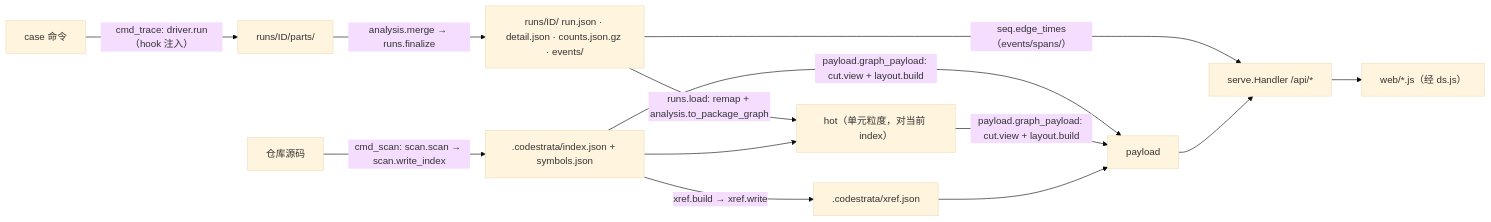
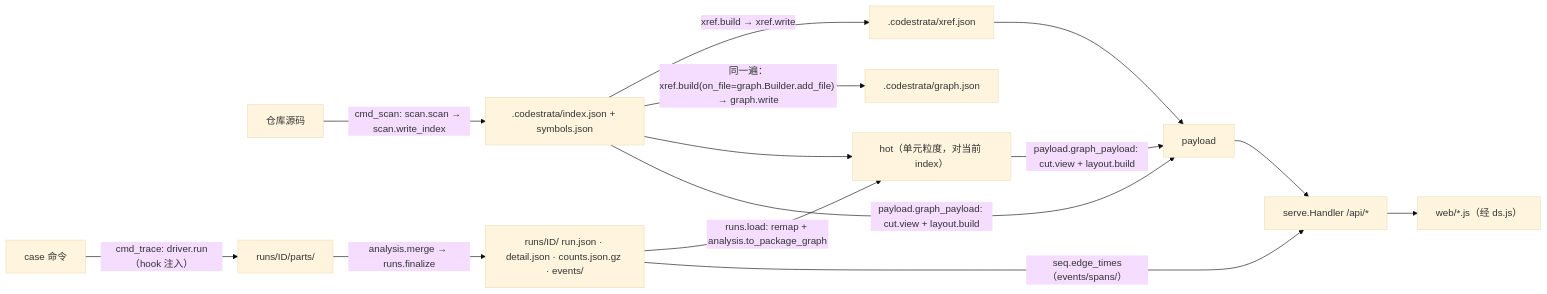
One commit to noviorlu/codestrata changed the diagram in docs/ARCHITECTURE.md. Above: the diagram before and after it, drawn with Mermaid (base theme). The commit also changed other lines of this file and 8 other files, not shown here.

First line of the commit message:
scan produces the graph's call records (graph.json)

````diff
--- a/docs/ARCHITECTURE.md
+++ b/docs/ARCHITECTURE.md
@@ -41,14 +41,15 @@
 ```mermaid
 flowchart LR
   SRC["仓库源码"] -->|"cmd_scan: scan.scan → scan.write_index"| IDX[".codestrata/index.json + symbols.json"]
   IDX -->|"xref.build → xref.write"| XR[".codestrata/xref.json"]
+  IDX -->|"同一遍：xref.build(on_file=graph.Builder.add_file) → graph.write"| GR[".codestrata/graph.json"]
   CMD["case 命令"] -->|"cmd_trace: driver.run（hook 注入）"| PARTS["runs/ID/parts/"]
   PARTS -->|"analysis.merge → runs.finalize"| RUN["runs/ID/ run.json · detail.json · counts.json.gz · events/"]
   RUN -->|"runs.load: remap + analysis.to_package_graph"| HOT["hot（单元粒度，对当前 index）"]
   IDX --> HOT
   IDX & HOT -->|"payload.graph_payload: cut.view + layout.build"| PL["payload"]
   XR --> PL
   RUN -->|"seq.edge_times（events/spans/）"| API
   PL --> API["serve.Handler /api/*"]
   API --> WEB["web/*.js（经 ds.js）"]
 ```
````
